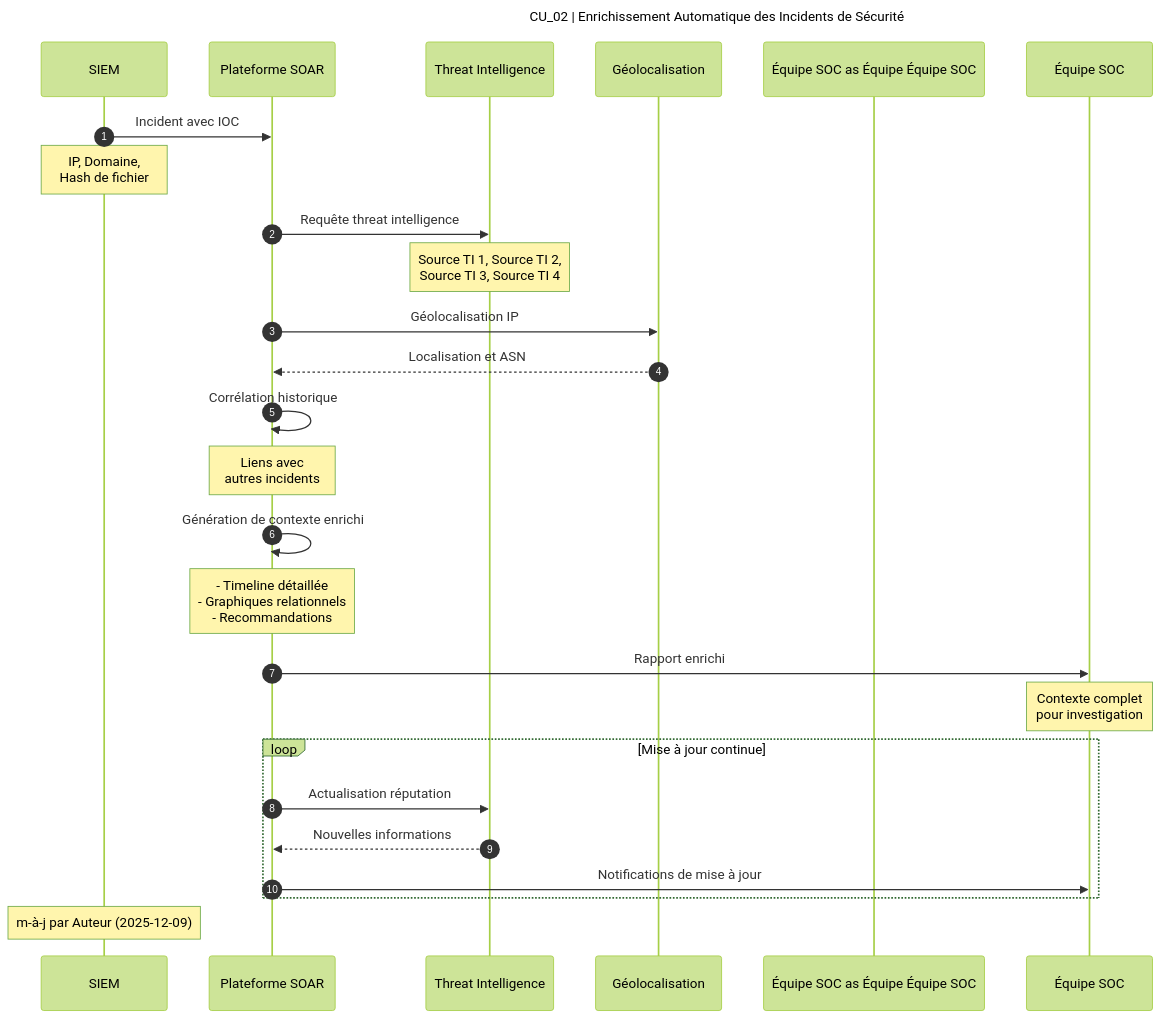
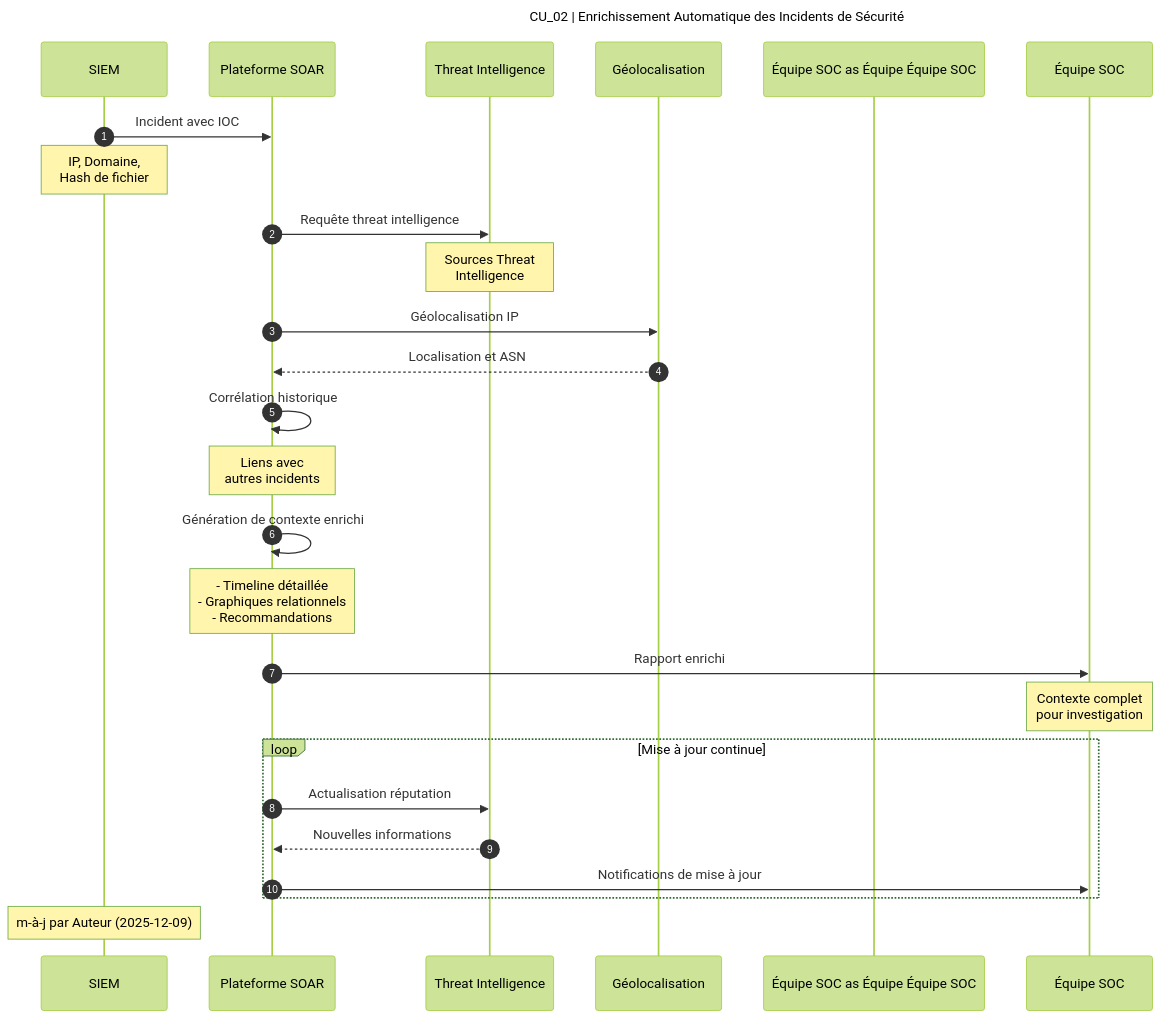
One commit to pascalandy/dotfiles changed the second of 5 diagrams in dot_config/opencode/skill/mermaid-wip1/reference/soar_cu_v16_processus.md. Above: the diagram before and after it, drawn with Mermaid (forest theme).

Commit message:
chore: anonymize personal and project info in mermaid skill references

````diff
--- a/dot_config/opencode/skill/mermaid-wip1/reference/soar_cu_v16_processus.md
+++ b/dot_config/opencode/skill/mermaid-wip1/reference/soar_cu_v16_processus.md
@@ -67,40 +67,40 @@
 ```mermaid
 ---
 title: CU_02 | Enrichissement Automatique des Incidents de Sécurité
 ---
 
 sequenceDiagram
     autonumber
 
     participant S as SIEM
     participant X as Plateforme SOAR
     participant TI as Threat Intelligence
     participant GEO as Géolocalisation
     participant Équipe SOC as Équipe Équipe SOC
 
     S->>X: Incident avec IOC
     Note over S: IP, Domaine,<br/>Hash de fichier
 
     X->>TI: Requête threat intelligence
-    Note over TI: Source TI 1, Source TI 2,<br/>Source TI 3, Source TI 4
+    Note over TI: Sources Threat<br/>Intelligence
 
     X->>GEO: Géolocalisation IP
     GEO-->>X: Localisation et ASN
 
     X->>X: Corrélation historique
     Note over X: Liens avec<br/>autres incidents
 
     X->>X: Génération de contexte enrichi
     Note over X: - Timeline détaillée<br/>- Graphiques relationnels<br/>- Recommandations
 
     X->>Équipe SOC: Rapport enrichi
     Note over Équipe SOC: Contexte complet<br/>pour investigation
 
     loop Mise à jour continue
         X->>TI: Actualisation réputation
         TI-->>X: Nouvelles informations
         X->>Équipe SOC: Notifications de mise à jour
     end
 
     Note over S,S: m-à-j par Auteur (2025-12-09)
 ```
````
